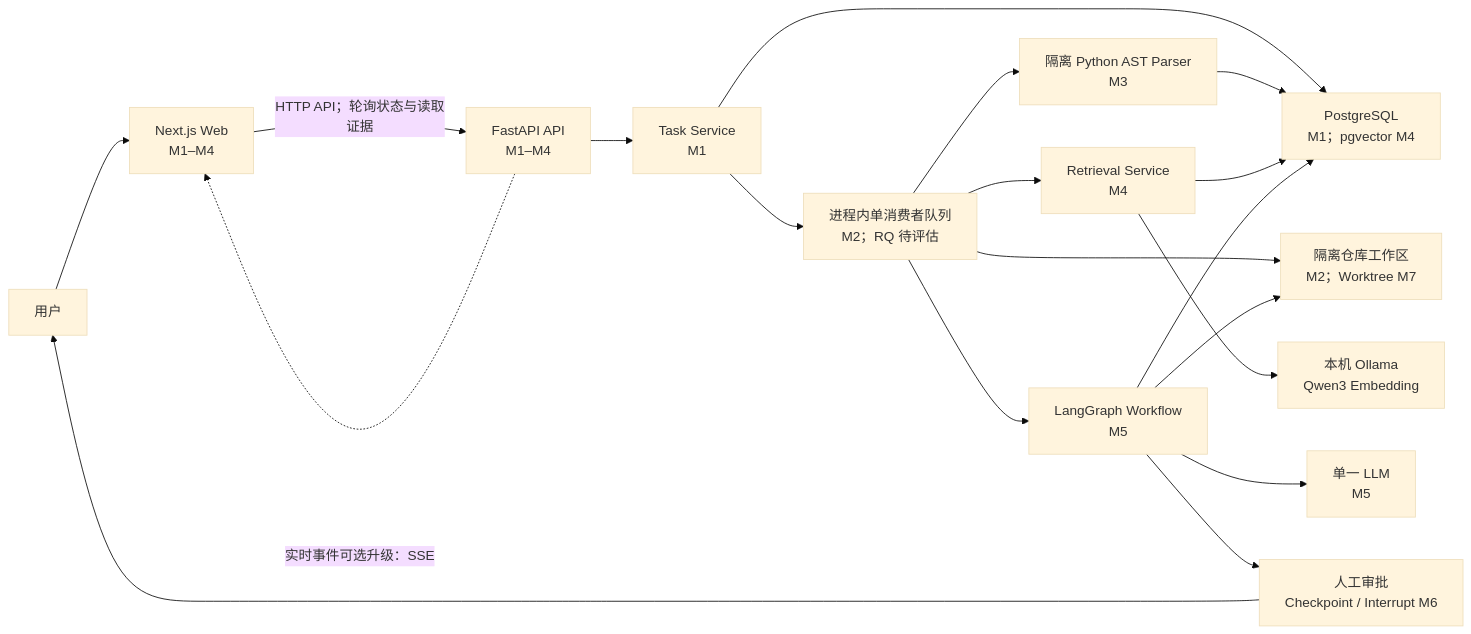
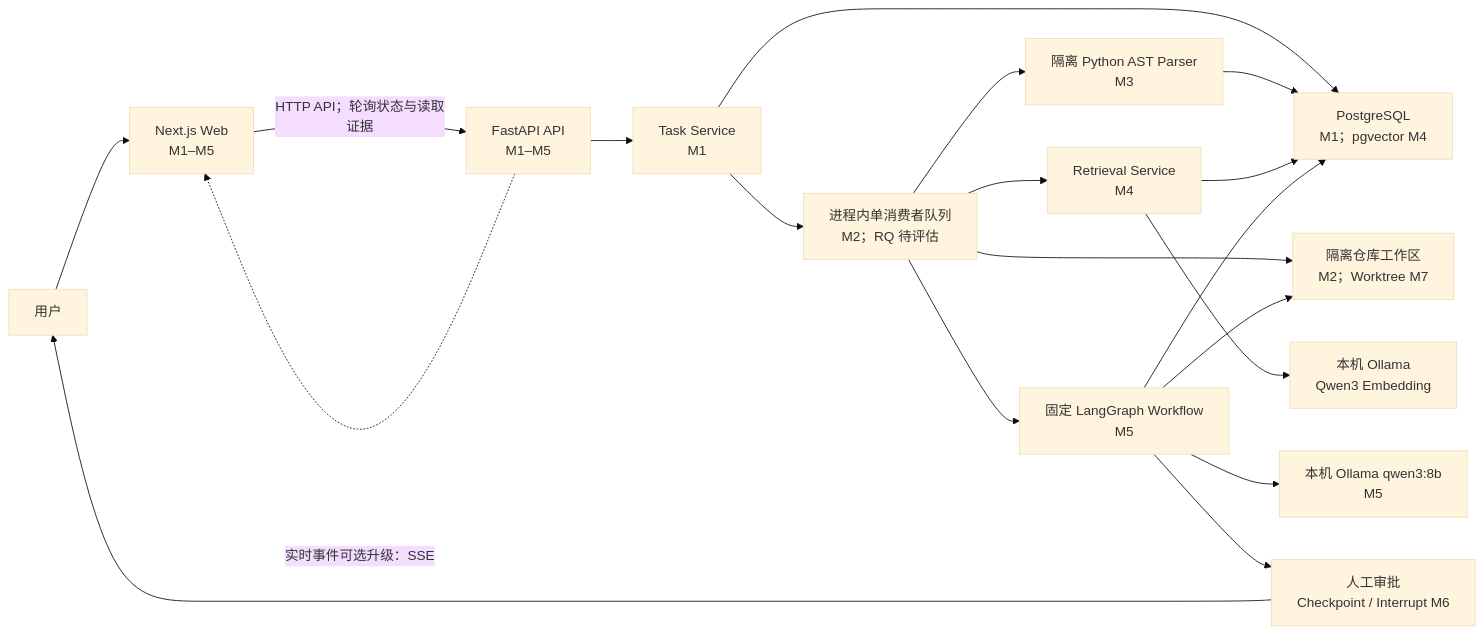
One commit to guiwenhui/IssuePilot changed the first of 2 diagrams in docs/architecture.md. Above: the diagram before and after it, drawn with Mermaid (base theme). The commit also changed other lines of this file and 64 other files, not shown here.

````diff
--- a/docs/architecture.md
+++ b/docs/architecture.md
@@ -9,21 +9,21 @@
 ```mermaid
 flowchart LR
-    User["用户"] --> Web["Next.js Web\nM1–M4"]
-    Web -->|"HTTP API；轮询状态与读取证据"| API["FastAPI API\nM1–M4"]
+    User["用户"] --> Web["Next.js Web\nM1–M5"]
+    Web -->|"HTTP API；轮询状态与读取证据"| API["FastAPI API\nM1–M5"]
     API --> Service["Task Service\nM1"]
     Service --> DB["PostgreSQL\nM1；pgvector M4"]
     Service --> Worker["进程内单消费者队列\nM2；RQ 待评估"]
     Worker --> Repo["隔离仓库工作区\nM2；Worktree M7"]
     Worker --> Parser["隔离 Python AST Parser\nM3"]
     Parser --> DB
     Worker --> Retrieval["Retrieval Service\nM4"]
     Retrieval --> Embed["本机 Ollama\nQwen3 Embedding"]
     Retrieval --> DB
-    Worker --> Graph["LangGraph Workflow\nM5"]
-    Graph --> Model["单一 LLM\nM5"]
+    Worker --> Graph["固定 LangGraph Workflow\nM5"]
+    Graph --> Model["本机 Ollama qwen3:8b\nM5"]
     Graph --> DB
     Graph --> Repo
     Graph --> Approval["人工审批\nCheckpoint / Interrupt M6"]
     Approval --> User
     API -.->|"实时事件可选升级：SSE"| Web
 ```
````
